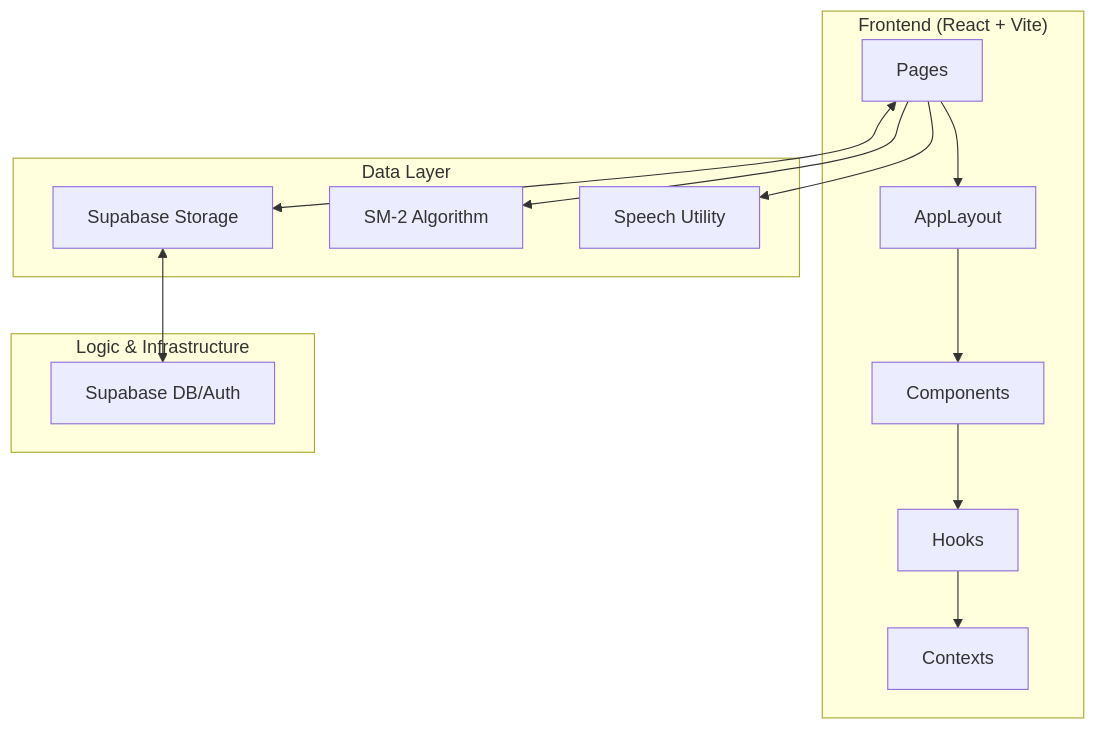
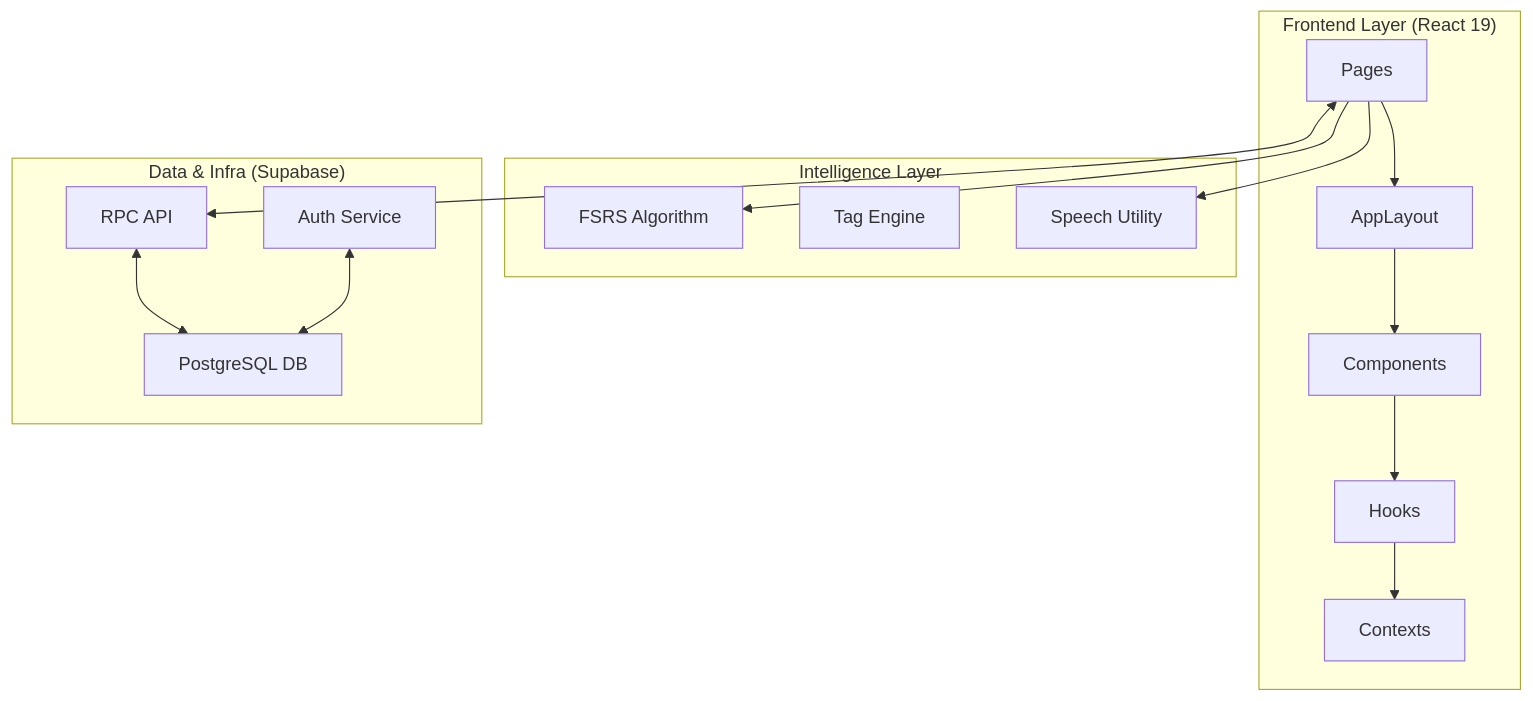
The diagram in ARCHITECTURE.md (Kyo93/voca-flash), drawn with Mermaid before and after one commit. The commit also changed other lines of this file and 125 other files, not shown here.

````diff
--- a/ARCHITECTURE.md
+++ b/ARCHITECTURE.md
@@ -9,26 +9,27 @@
 ```mermaid
 graph TD
-    subgraph "Frontend (React + Vite)"
+    subgraph "Frontend Layer (React 19)"
         A[Pages] --> B[AppLayout]
         B --> C[Components]
         C --> D[Hooks]
         D --> E[Contexts]
     end
 
-    subgraph "Data Layer"
-        F[Supabase Storage]
-        G[SM-2 Algorithm]
-        H[i18next]
+    subgraph "Intelligence Layer"
+        F[FSRS Algorithm]
+        G[Tag Engine]
+        H[Speech Utility]
     end
 
-    subgraph "Logic & Infrastructure"
-        G[SM-2 Algorithm]
-        H[Speech Utility]
-        I[Supabase DB/Auth]
+    subgraph "Data & Infra (Supabase)"
+        I[Auth Service]
+        J[PostgreSQL DB]
+        K[RPC API]
     end
 
-    A <--> F
-    F <--> I
-    A --> G
+    A <--> K
+    K <--> J
+    A --> F
     A --> H
+    I <--> J
 ```
````
